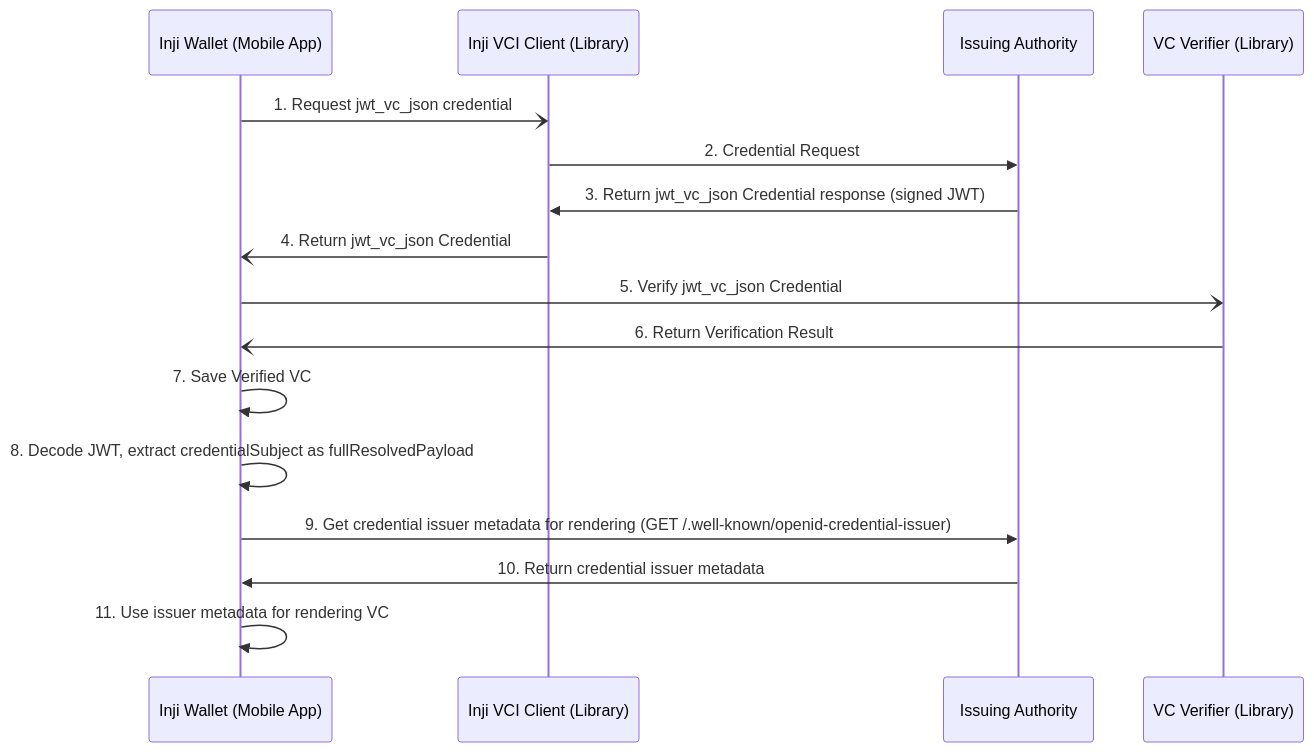
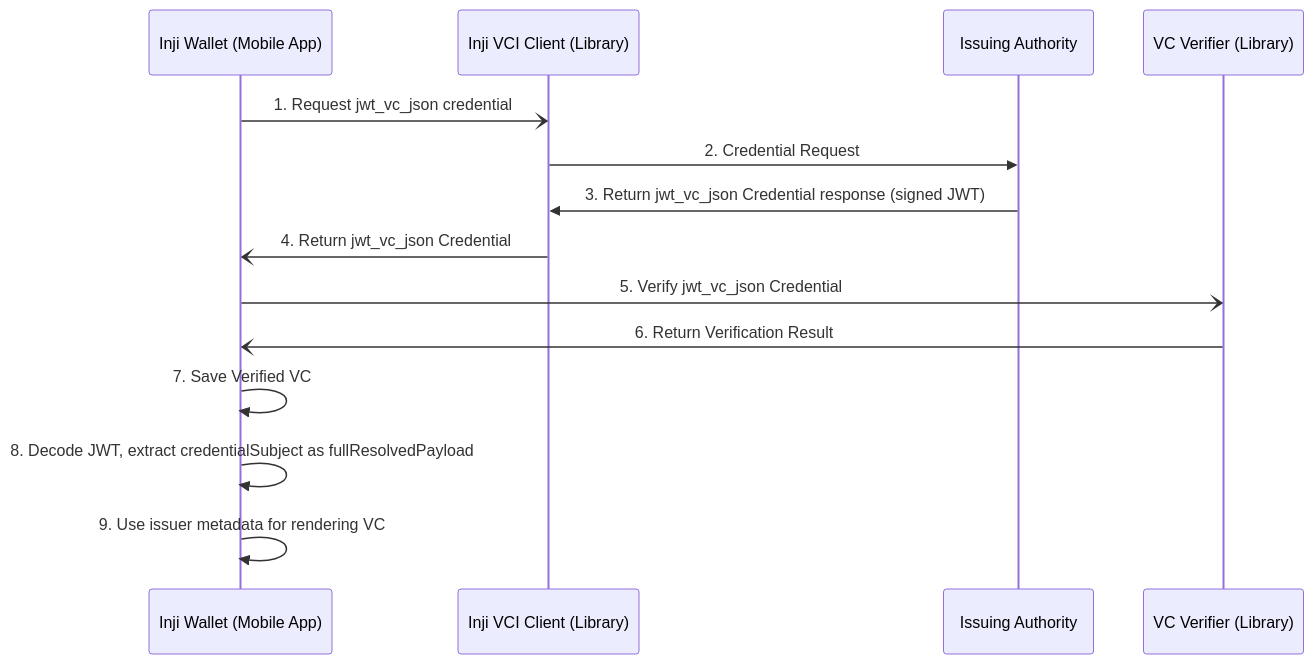
The diagram in docs/jwt-vc-json-support.md (inji/inji-wallet), drawn with Mermaid before and after one commit. The commit also changed other lines of this file, not shown here.

````diff
--- a/docs/jwt-vc-json-support.md
+++ b/docs/jwt-vc-json-support.md
@@ -20,19 +20,17 @@
 ```mermaid
 sequenceDiagram
   participant W as Inji Wallet (Mobile App)
   participant VCI_Lib as Inji VCI Client (Library)
   participant Issuer as Issuing Authority
   participant VCVerifier as VC Verifier (Library)
 
   W -) VCI_Lib: 1. Request jwt_vc_json credential
   VCI_Lib ->> Issuer: 2. Credential Request
   Issuer ->> VCI_Lib: 3. Return jwt_vc_json Credential response (signed JWT)
   VCI_Lib -) W: 4. Return jwt_vc_json Credential
   W -) VCVerifier: 5. Verify jwt_vc_json Credential
   VCVerifier -) W: 6. Return Verification Result
   W ->> W: 7. Save Verified VC
   W ->> W: 8. Decode JWT, extract credentialSubject as fullResolvedPayload
-  W ->> Issuer: 9. Get credential issuer metadata for rendering (GET /.well-known/openid-credential-issuer)
-  Issuer ->> W: 10. Return credential issuer metadata
-  W ->> W: 11. Use issuer metadata for rendering VC
+  W ->> W: 9. Use issuer metadata for rendering VC
 ```
````
